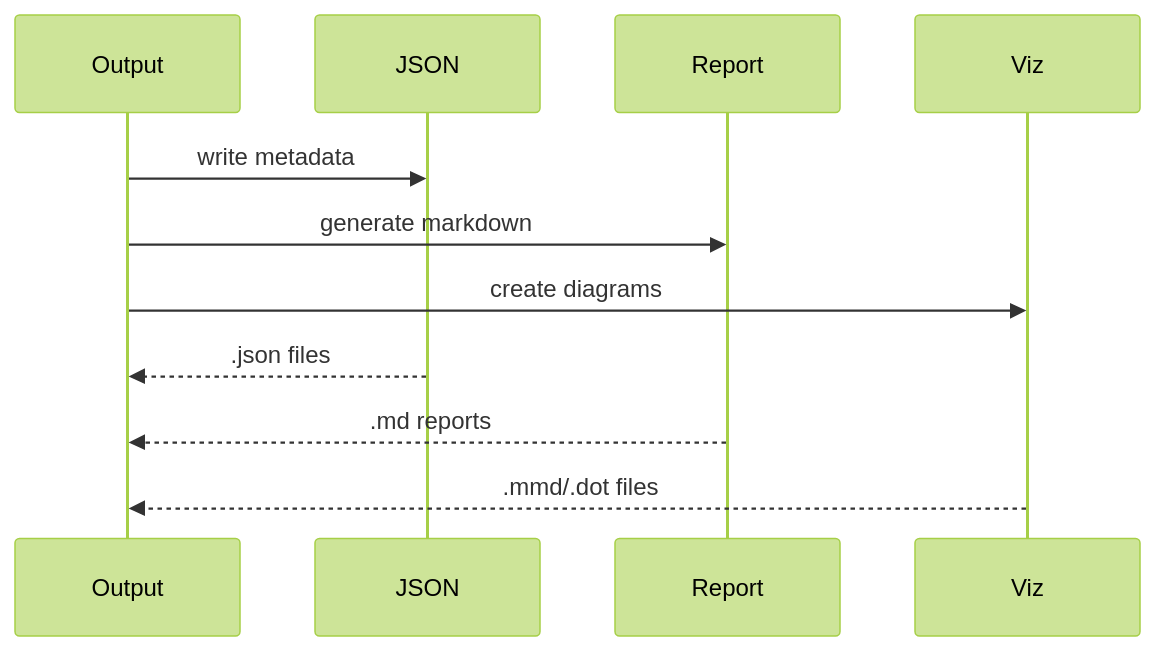
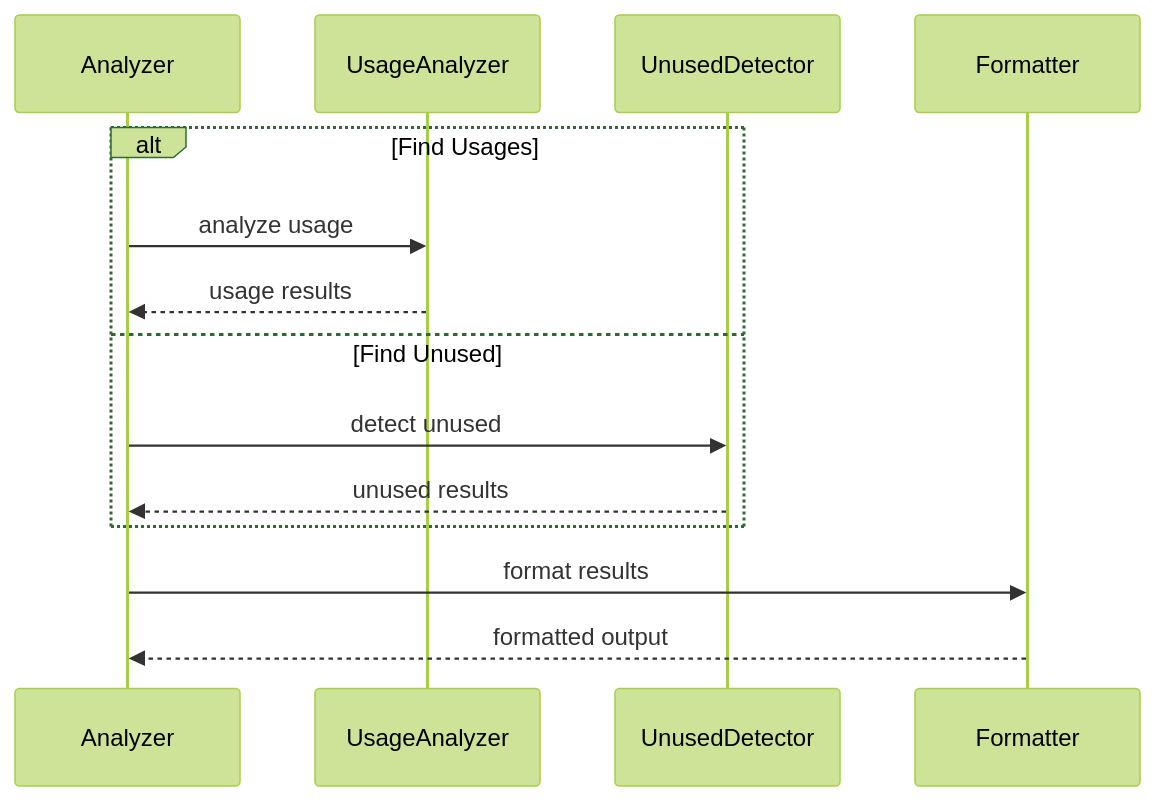
The fifth of 5 diagrams in docs/ARCHITECTURE.md (mineclover/deps-cli), drawn with Mermaid (forest theme) before and after one commit. The commit also changed other lines of this file and 41 other files, not shown here.

````diff
--- a/docs/ARCHITECTURE.md
+++ b/docs/ARCHITECTURE.md
@@ -244,15 +327,18 @@
 ```mermaid
 sequenceDiagram
-    participant Output
-    participant JSON
-    participant Report
-    participant Viz
+    participant Analyzer
+    participant UsageAnalyzer
+    participant UnusedDetector
+    participant Formatter
 
-    Output->>JSON: write metadata
-    Output->>Report: generate markdown
-    Output->>Viz: create diagrams
+    alt Find Usages
+        Analyzer->>UsageAnalyzer: analyze usage
+        UsageAnalyzer-->>Analyzer: usage results
+    else Find Unused
+        Analyzer->>UnusedDetector: detect unused
+        UnusedDetector-->>Analyzer: unused results
+    end
 
-    JSON-->>Output: .json files
-    Report-->>Output: .md reports
-    Viz-->>Output: .mmd/.dot files
+    Analyzer->>Formatter: format results
+    Formatter-->>Analyzer: formatted output
 ```
````
